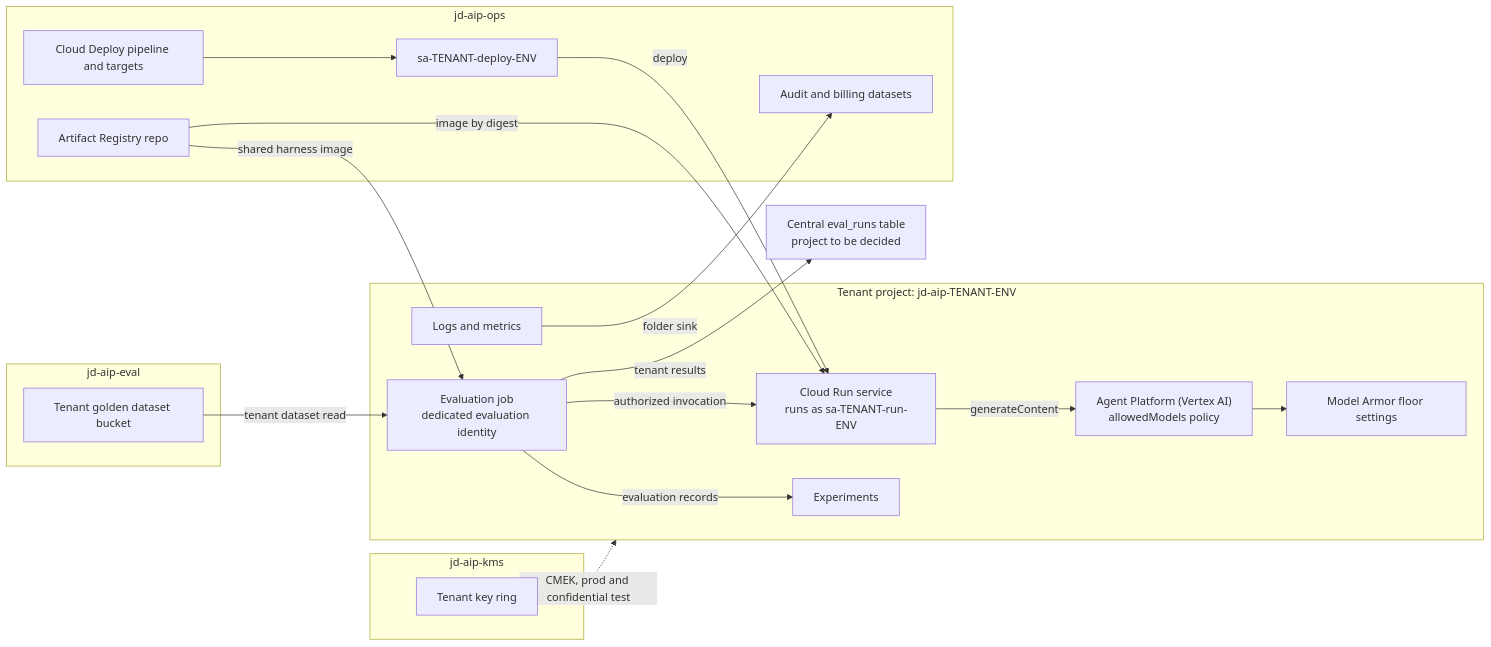
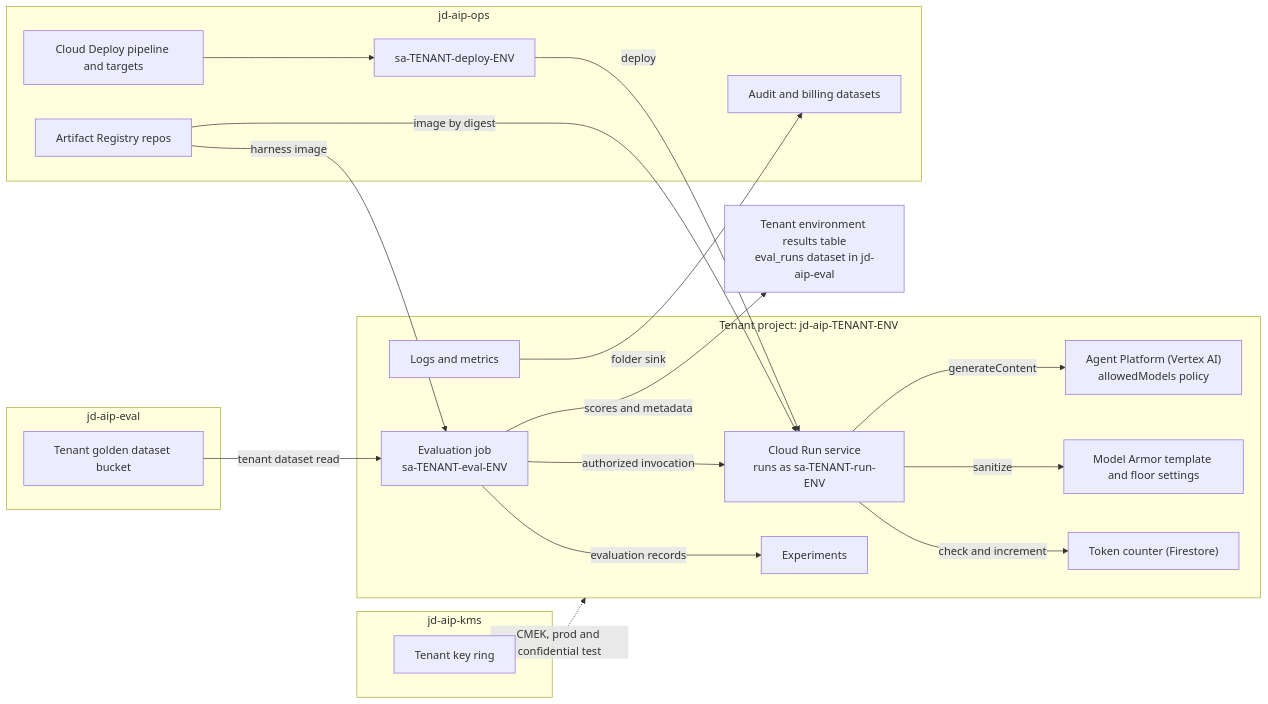
One commit to Josephdara/tenantloom-ai changed the third of 8 diagrams in architecture.md. Above: the diagram before and after it, drawn with Mermaid. The commit also changed other lines of this file and 13 other files, not shown here.

Commit message:
docs: settle architecture decisions and add ADRs 001-012

````diff
--- a/architecture.md
+++ b/architecture.md
@@ -143,34 +146,36 @@
 ```mermaid
 flowchart LR
     subgraph TP["Tenant project: jd-aip-TENANT-ENV"]
         RUN["Cloud Run service<br/>runs as sa-TENANT-run-ENV"]
         AP["Agent Platform (Vertex AI)<br/>allowedModels policy"]
-        MA["Model Armor floor settings"]
+        MA["Model Armor template and floor settings"]
+        TC["Token counter (Firestore)"]
         EXP["Experiments"]
-        JOB["Evaluation job<br/>dedicated evaluation identity"]
+        JOB["Evaluation job<br/>sa-TENANT-eval-ENV"]
         LOG["Logs and metrics"]
+        RUN -->|sanitize| MA
         RUN -->|generateContent| AP
-        AP --> MA
+        RUN -->|check and increment| TC
     end
     subgraph OPS["jd-aip-ops"]
-        AR["Artifact Registry repo"]
+        AR["Artifact Registry repos"]
         CD["Cloud Deploy pipeline and targets"]
         DSA["sa-TENANT-deploy-ENV"]
         BQ["Audit and billing datasets"]
     end
     subgraph KMS["jd-aip-kms"]
         KR["Tenant key ring"]
     end
     subgraph EVAL["jd-aip-eval"]
         GD["Tenant golden dataset bucket"]
     end
     CD --> DSA -->|deploy| RUN
     AR -->|image by digest| RUN
     KR -.->|CMEK, prod and confidential test| TP
     LOG -->|folder sink| BQ
     GD -->|tenant dataset read| JOB
-    AR -->|shared harness image| JOB
+    AR -->|harness image| JOB
     JOB -->|authorized invocation| RUN
     JOB -->|evaluation records| EXP
-    JOB -->|tenant results| RESULTS["Central eval_runs table<br/>project to be decided"]
+    JOB -->|scores and metadata| RESULTS["Tenant environment results table<br/>eval_runs dataset in jd-aip-eval"]
 ```
````
